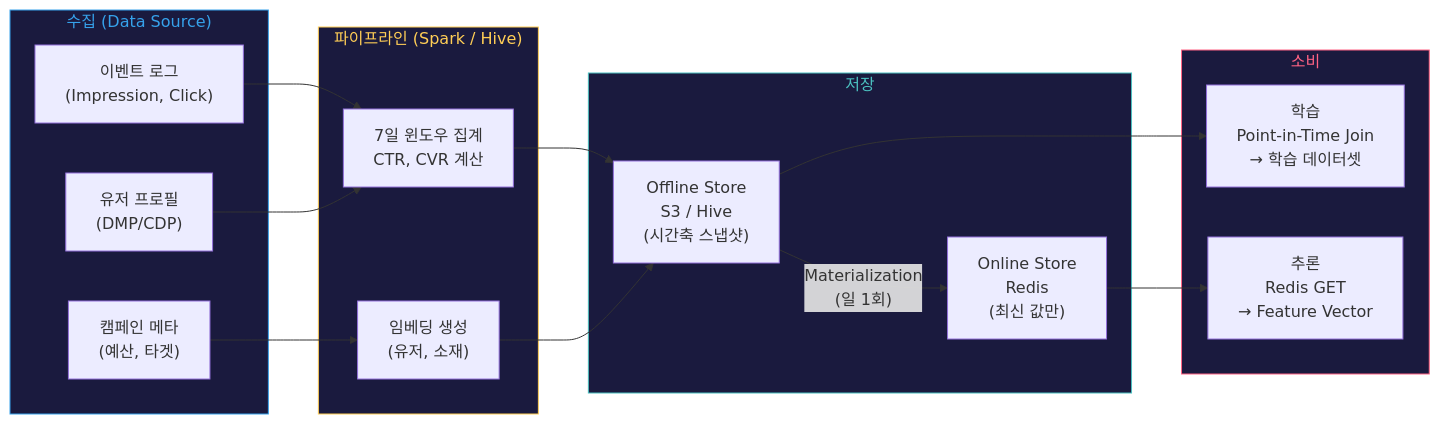
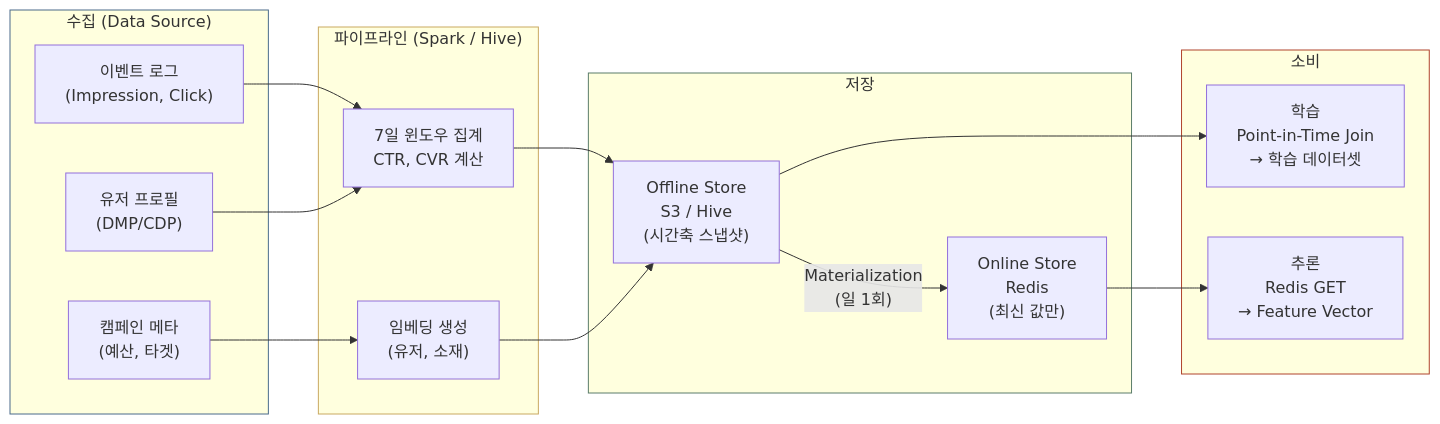
The first of 3 diagrams in posts/feature-store-serving.md (chkimsu/adtech-blog), drawn with Mermaid before and after one commit. The commit also changed other lines of this file and 40 other files, not shown here.

````diff
--- a/posts/feature-store-serving.md
+++ b/posts/feature-store-serving.md
@@ -426,37 +426,37 @@
 ```mermaid
 flowchart LR
     subgraph 수집["수집 (Data Source)"]
         L1["이벤트 로그<br/>(Impression, Click)"]
         L2["유저 프로필<br/>(DMP/CDP)"]
         L3["캠페인 메타<br/>(예산, 타겟)"]
     end
 
     subgraph 파이프라인["파이프라인 (Spark / Hive)"]
         P1["7일 윈도우 집계<br/>CTR, CVR 계산"]
         P2["임베딩 생성<br/>(유저, 소재)"]
     end
 
     subgraph 저장["저장"]
         OFF["Offline Store<br/>S3 / Hive<br/>(시간축 스냅샷)"]
         ON["Online Store<br/>Redis<br/>(최신 값만)"]
     end
 
     subgraph 소비["소비"]
         TR["학습<br/>Point-in-Time Join<br/>→ 학습 데이터셋"]
         INF["추론<br/>Redis GET<br/>→ Feature Vector"]
     end
 
     L1 --> P1
     L2 --> P1
     L3 --> P2
     P1 --> OFF
     P2 --> OFF
     OFF -->|"Materialization<br/>(일 1회)"| ON
     OFF --> TR
     ON --> INF
 
-    style 수집 fill:#1a1a3e,stroke:#36a2eb,color:#36a2eb
-    style 파이프라인 fill:#1a1a3e,stroke:#ffce56,color:#ffce56
-    style 저장 fill:#1a1a3e,stroke:#4bc0c0,color:#4bc0c0
-    style 소비 fill:#1a1a3e,stroke:#ff6384,color:#ff6384
+    style 수집 stroke:#4a6b8a
+    style 파이프라인 stroke:#c9a961
+    style 저장 stroke:#5b7d6a
+    style 소비 stroke:#b0442c
 ```
````
